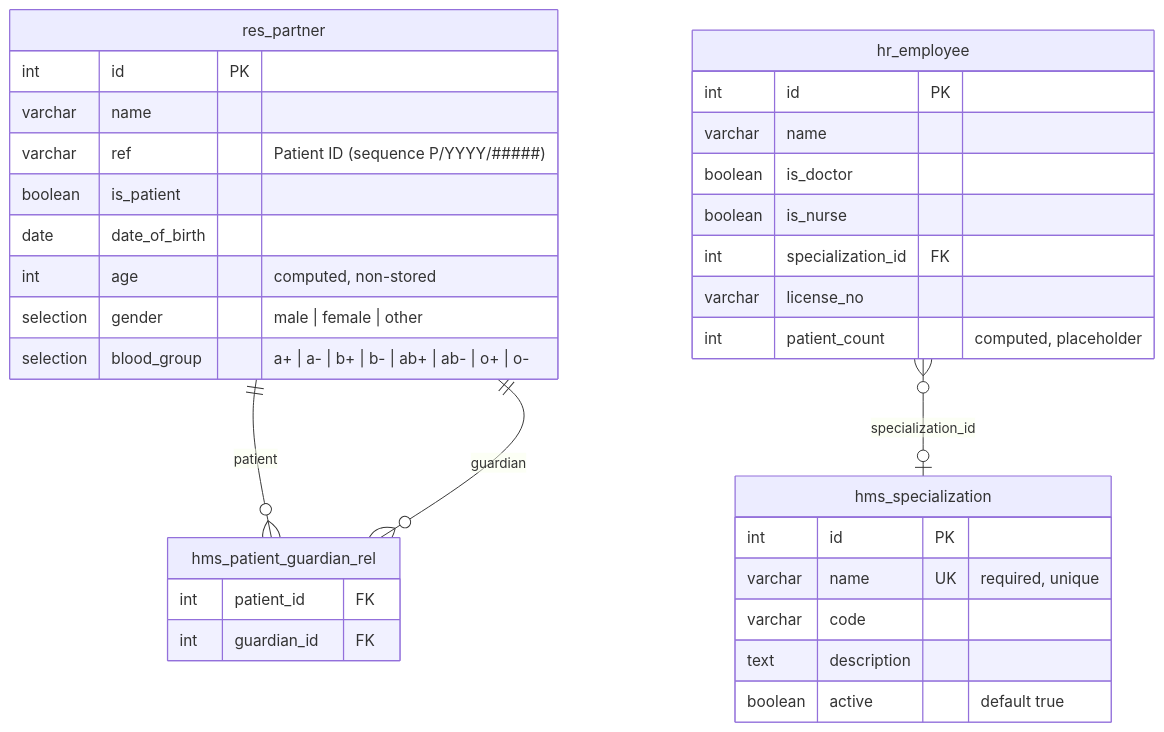
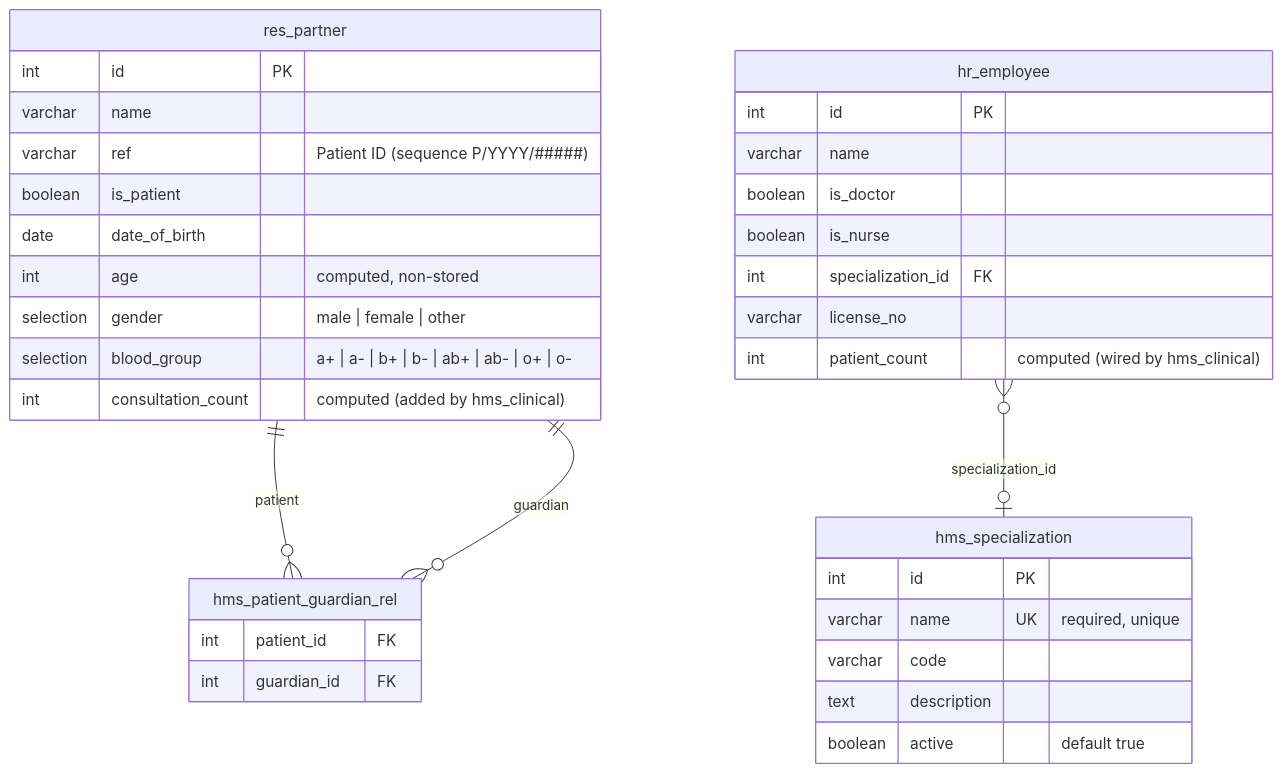
Before and after one commit to reichie020212/odoo-hospital: the diagram in docs/guide/hms-base-erd.md, drawn with Mermaid. The commit also changed other lines of this file and 1 other file, not shown here.

Commit message:
docs: add hms_clinical ERD and update hms_base ERD with cross-module fields
- New docs/guide/hms-clinical-erd.md: Mermaid ERD + state machine +
  record-rule summary for hms.consultation, hms.vital, hms.prescription.line.
- Updated docs/guide/hms-base-erd.md: added consultation_count on
  res.partner and updated patient_count note on hr.employee (now wired
  by hms_clinical instead of placeholder).

````diff
--- a/docs/guide/hms-base-erd.md
+++ b/docs/guide/hms-base-erd.md
@@ -3,40 +3,41 @@
 ```mermaid
 erDiagram
     res_partner {
         int id PK
         varchar name
         varchar ref "Patient ID (sequence P/YYYY/#####)"
         boolean is_patient
         date date_of_birth
         int age "computed, non-stored"
         selection gender "male | female | other"
         selection blood_group "a+ | a- | b+ | b- | ab+ | ab- | o+ | o-"
+        int consultation_count "computed (added by hms_clinical)"
     }
 
     hr_employee {
         int id PK
         varchar name
         boolean is_doctor
         boolean is_nurse
         int specialization_id FK
         varchar license_no
-        int patient_count "computed, placeholder"
+        int patient_count "computed (wired by hms_clinical)"
     }
 
     hms_specialization {
         int id PK
         varchar name UK "required, unique"
         varchar code
         text description
         boolean active "default true"
     }
 
     hms_patient_guardian_rel {
         int patient_id FK
         int guardian_id FK
     }
 
     res_partner ||--o{ hms_patient_guardian_rel : "patient"
     res_partner ||--o{ hms_patient_guardian_rel : "guardian"
     hr_employee }o--o| hms_specialization : "specialization_id"
 ```
````
